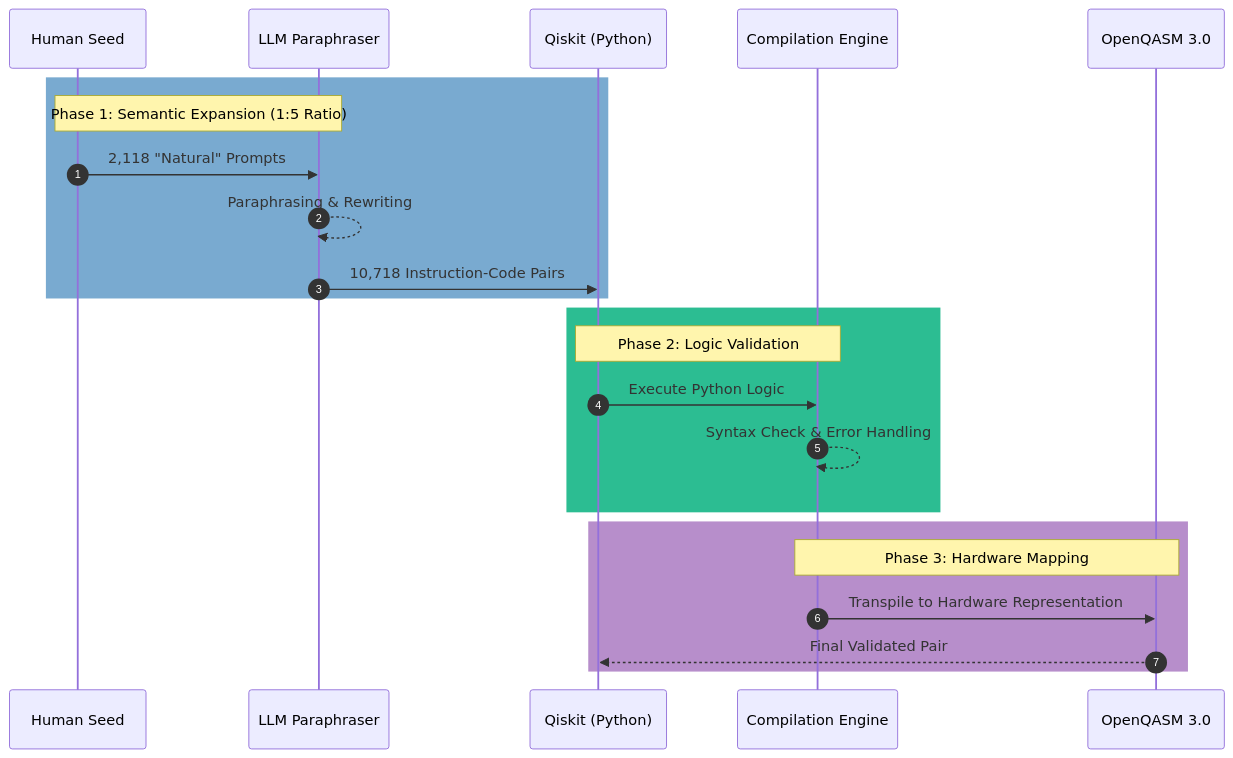
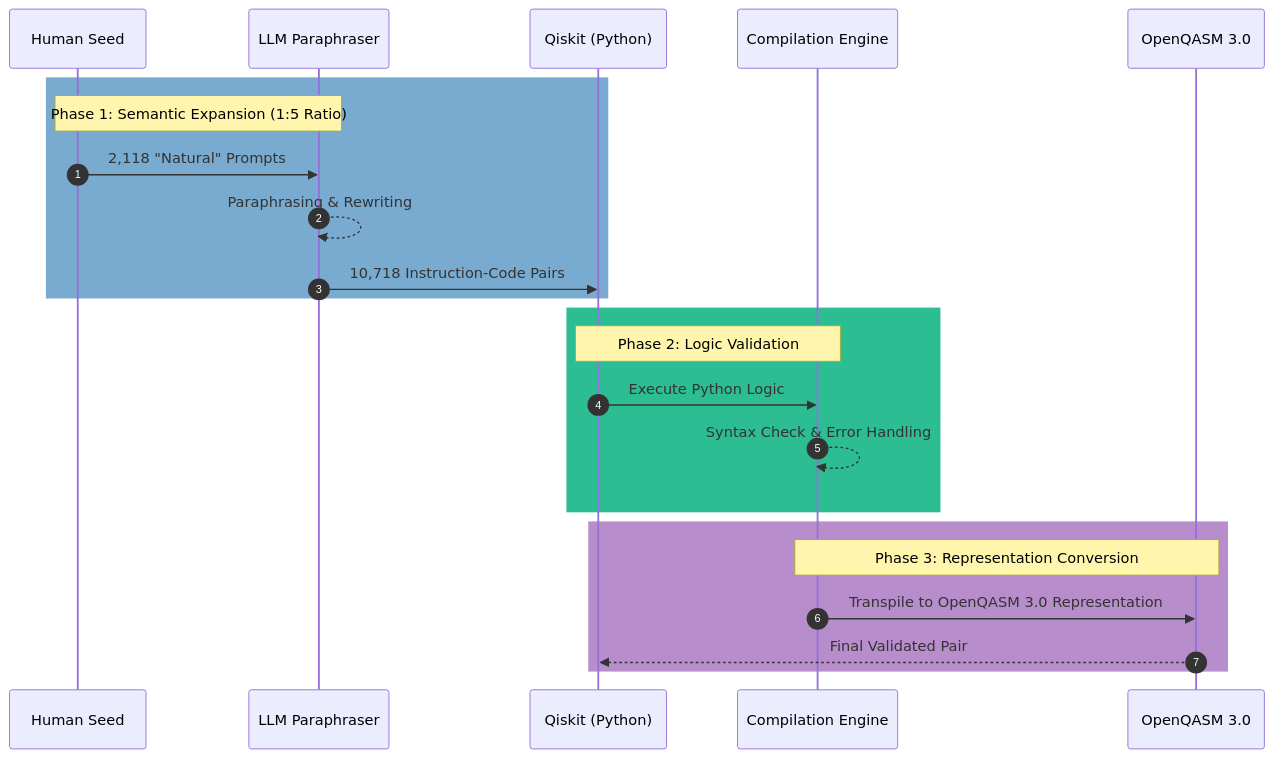
The second of 4 diagrams in README.md (Elias-Abebe-Gasparini/PQID-Dataset), drawn with Mermaid before and after one commit. The commit also changed other lines of this file, not shown here.

````diff
--- a/README.md
+++ b/README.md
@@ -132,28 +129,28 @@
 ```mermaid
 sequenceDiagram
     autonumber
     participant H as Human Seed
     participant LLM as LLM Paraphraser
     participant QK as Qiskit (Python)
     participant VAL as Compilation Engine
     participant Q3 as OpenQASM 3.0
 
     rect rgb(121, 170, 208)
     Note over H,LLM: Phase 1: Semantic Expansion (1:5 Ratio)
     H->>LLM: 2,118 "Natural" Prompts
     LLM-->>LLM: Paraphrasing & Rewriting
     LLM->>QK: 10,718 Instruction-Code Pairs
     end
 
     rect rgb(44, 189, 146)
     Note over QK,VAL: Phase 2: Logic Validation
     QK->>VAL: Execute Python Logic
     VAL-->>VAL: Syntax Check & Error Handling
     end
     
     rect rgb(183, 142, 203)
-    Note over VAL,Q3: Phase 3: Hardware Mapping
-    VAL->>Q3: Transpile to Hardware Representation
+    Note over VAL,Q3: Phase 3: Representation Conversion
+    VAL->>Q3: Transpile to OpenQASM 3.0 Representation
     Q3-->>QK: Final Validated Pair
     end
 ```
````
